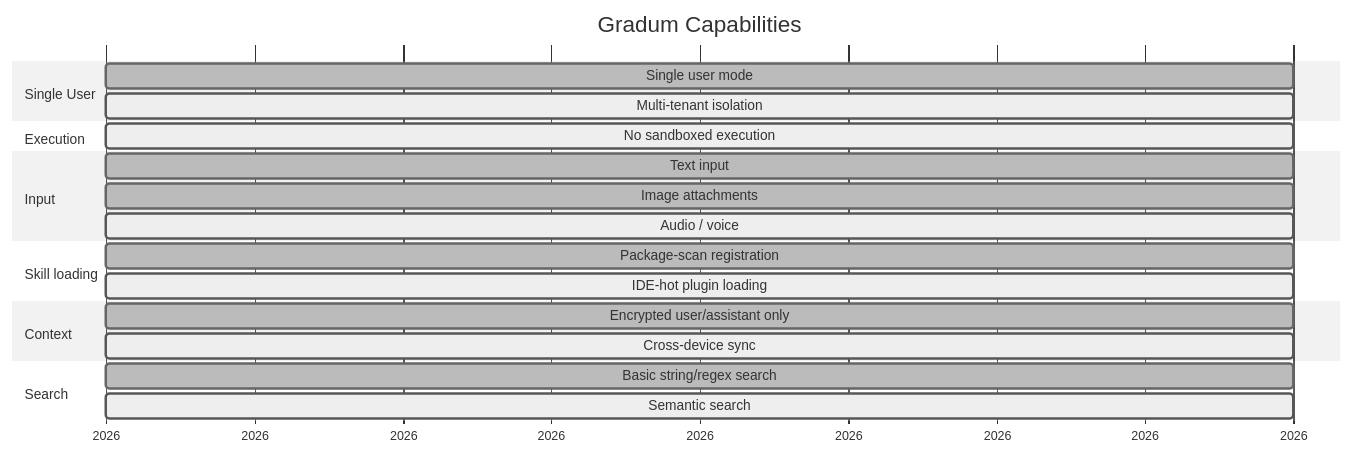
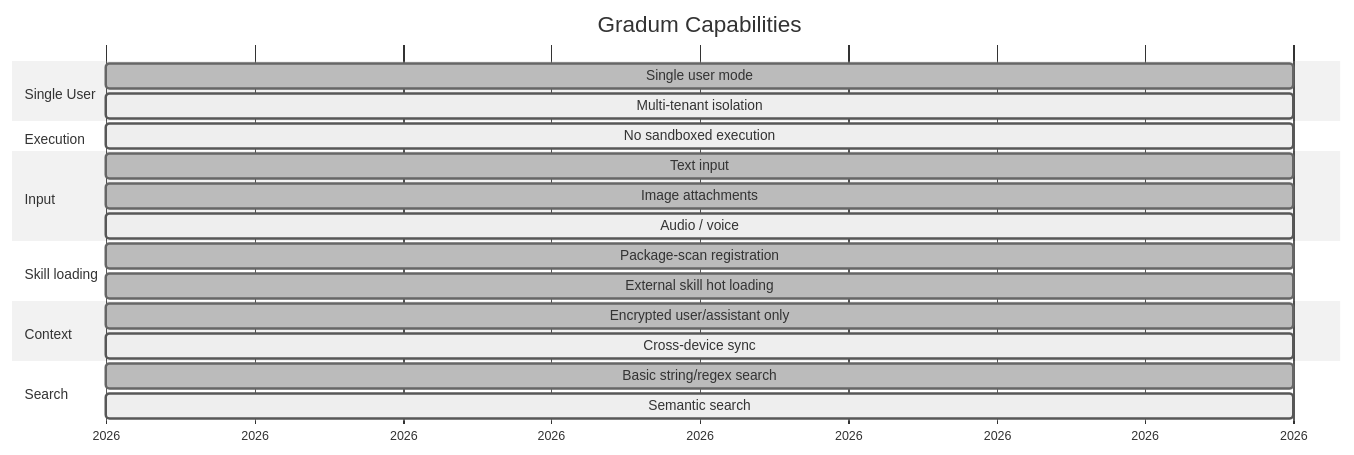
Diagram 27 of 31 in docs/ARCHITECTURE.md (lg841226/Gradum), drawn with Mermaid (neutral theme) before and after one commit. The commit also changed other lines of this file and 1 other file, not shown here.

First line of the commit message:
docs: rewrite README and restructure ARCHITECTURE

````diff
--- a/docs/ARCHITECTURE.md
+++ b/docs/ARCHITECTURE.md
@@ -1630,24 +1798,24 @@
 ```mermaid
 gantt
     title Gradum Capabilities
     dateFormat YYYY
     axisFormat %Y
     section Single User
         Single user mode: done, 2026-01-01, 1d
         Multi-tenant isolation: active, 2026-01-01, 1d
     section Execution
         No sandboxed execution: active, 2026-01-01, 1d
     section Input
         Text input: done, 2026-01-01, 1d
         Image attachments: done, 2026-01-01, 1d
         Audio / voice: active, 2026-01-01, 1d
     section Skill loading
         Package-scan registration: done, 2026-01-01, 1d
-        IDE-hot plugin loading: active, 2026-01-01, 1d
+        External skill hot loading: done, 2026-01-01, 1d
     section Context
         Encrypted user/assistant only: done, 2026-01-01, 1d
         Cross-device sync: active, 2026-01-01, 1d
     section Search
         Basic string/regex search: done, 2026-01-01, 1d
         Semantic search: active, 2026-01-01, 1d
 ```
````
